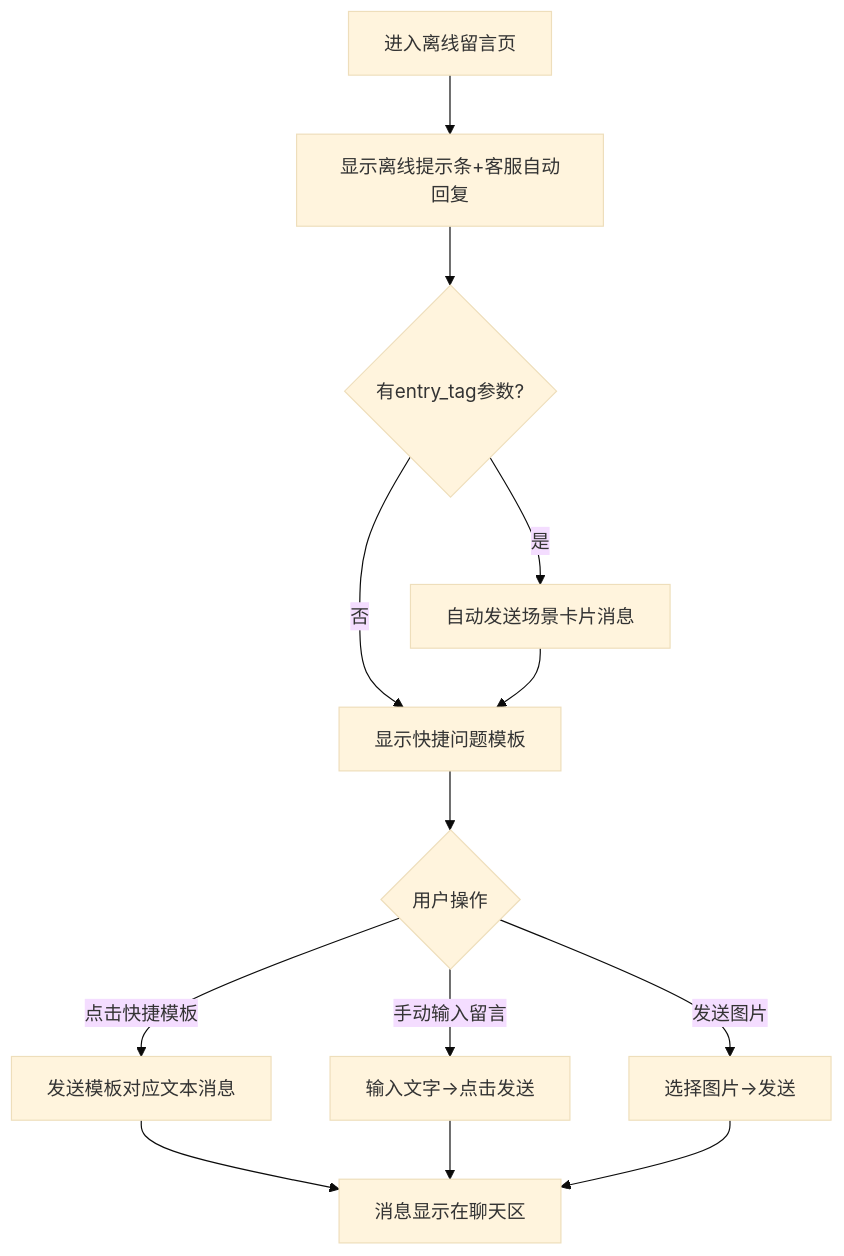
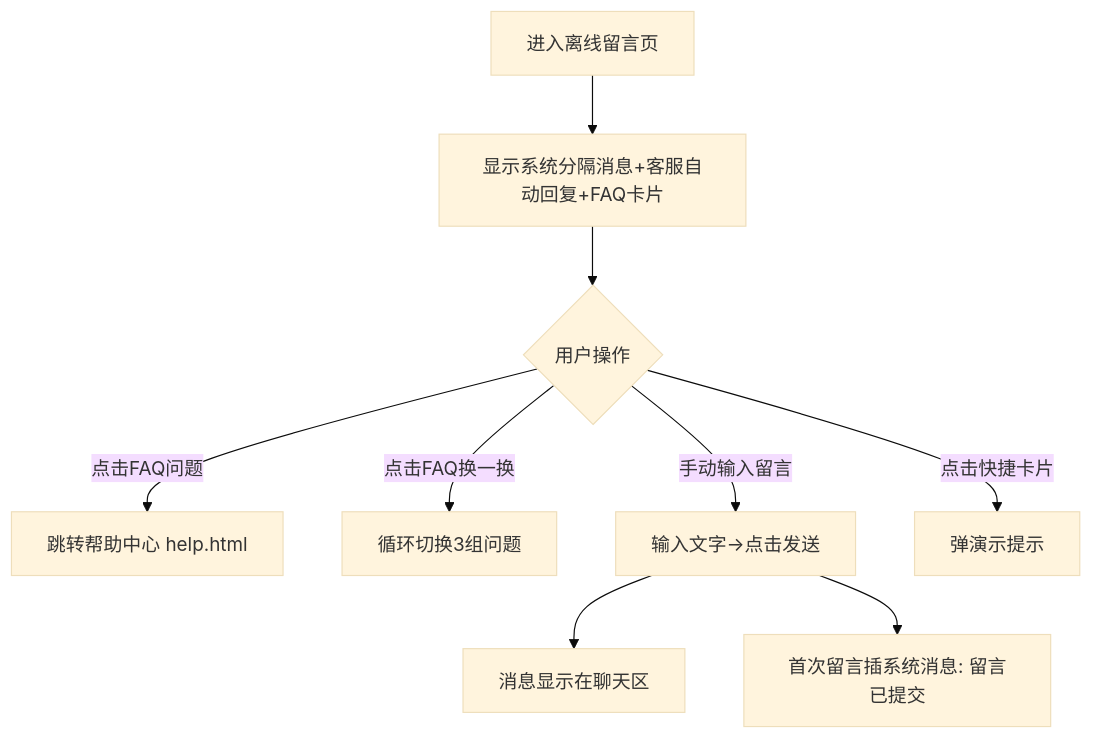
One commit to lyuxiaohei/OCS changed the diagram in prototype-cs/user/PRD/03-2-人工客服留言与离线反馈.md. Above: the diagram before and after it, drawn with Mermaid (base theme). The commit also changed other lines of this file and 40 other files, not shown here.

Commit message:
feat: 卡片两端统一+订单详情+会话列表高保真+话术库+图片选择器

````diff
--- a/prototype-cs/user/PRD/03-2-人工客服留言与离线反馈.md
+++ b/prototype-cs/user/PRD/03-2-人工客服留言与离线反馈.md
@@ -26,15 +26,11 @@
 ```mermaid
 flowchart TD
-    A[进入离线留言页] --> B[显示离线提示条+客服自动回复]
-    B --> C{有entry_tag参数?}
-    C -->|是| D[自动发送场景卡片消息]
-    C -->|否| E[显示快捷问题模板]
-    D --> E
-    E --> F{用户操作}
-    F -->|点击快捷模板| G[发送模板对应文本消息]
-    F -->|手动输入留言| H[输入文字→点击发送]
-    F -->|发送图片| I[选择图片→发送]
-    G --> J[消息显示在聊天区]
-    H --> J
-    I --> J
+    A[进入离线留言页] --> B[显示系统分隔消息+客服自动回复+FAQ卡片]
+    B --> C{用户操作}
+    C -->|点击FAQ问题| D[跳转帮助中心 help.html]
+    C -->|点击FAQ换一换| E[循环切换3组问题]
+    C -->|手动输入留言| F[输入文字→点击发送]
+    C -->|点击快捷卡片| G[弹演示提示]
+    F --> H[消息显示在聊天区]
+    F --> I[首次留言插系统消息: 留言已提交]
 ```
````
